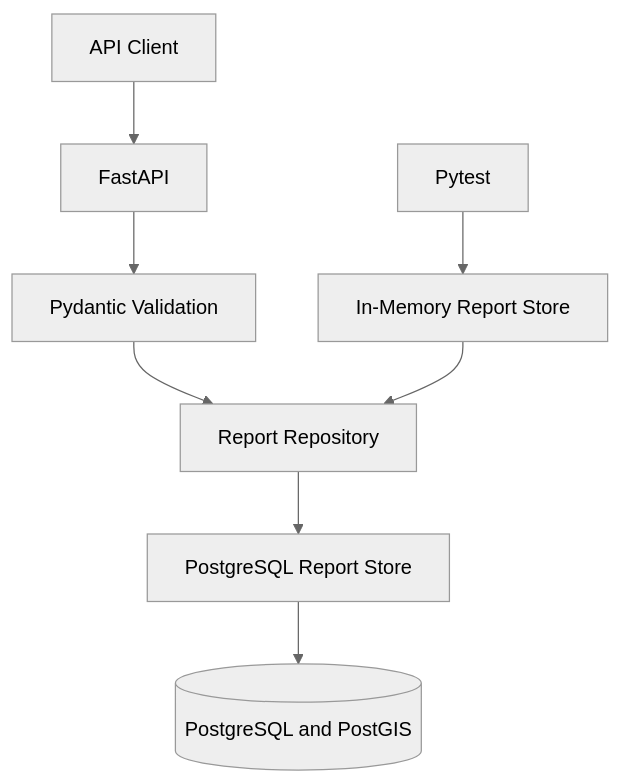
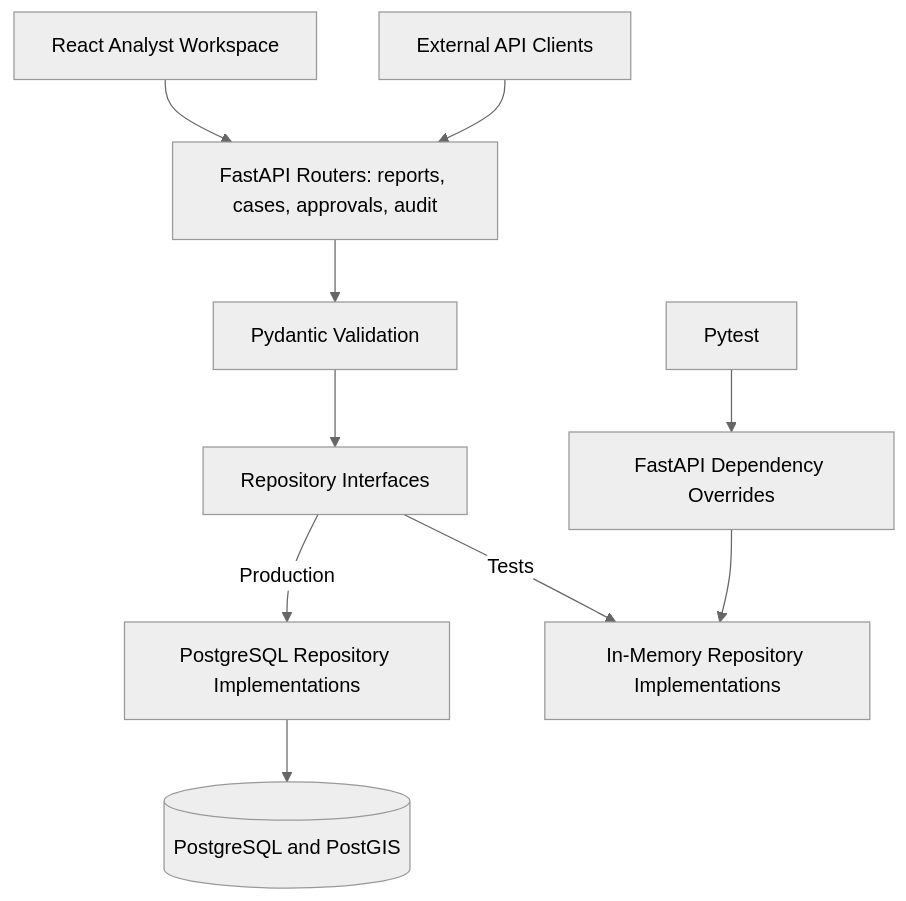
Before and after one commit to yakutswe/missionlens: the diagram in README.md, drawn with Mermaid (neutral theme). The commit also changed other lines of this file, not shown here.

Commit message:
docs: clarify repository architecture

````diff
--- a/README.md
+++ b/README.md
@@ -95,10 +94,12 @@
 ```mermaid
 flowchart TD
-    C[API Client] --> F[FastAPI]
-    F --> V[Pydantic Validation]
-    V --> R[Report Repository]
-    R --> P[PostgreSQL Report Store]
+    U[React Analyst Workspace] --> A["FastAPI Routers: reports, cases, approvals, audit"]
+    C[External API Clients] --> A
+    A --> V[Pydantic Validation]
+    V --> I[Repository Interfaces]
+    I -->|Production| P[PostgreSQL Repository Implementations]
     P --> D[(PostgreSQL and PostGIS)]
-    T[Pytest] --> M[In-Memory Report Store]
-    M --> R
+    I -->|Tests| M[In-Memory Repository Implementations]
+    T[Pytest] --> O[FastAPI Dependency Overrides]
+    O --> M
 ```
````
